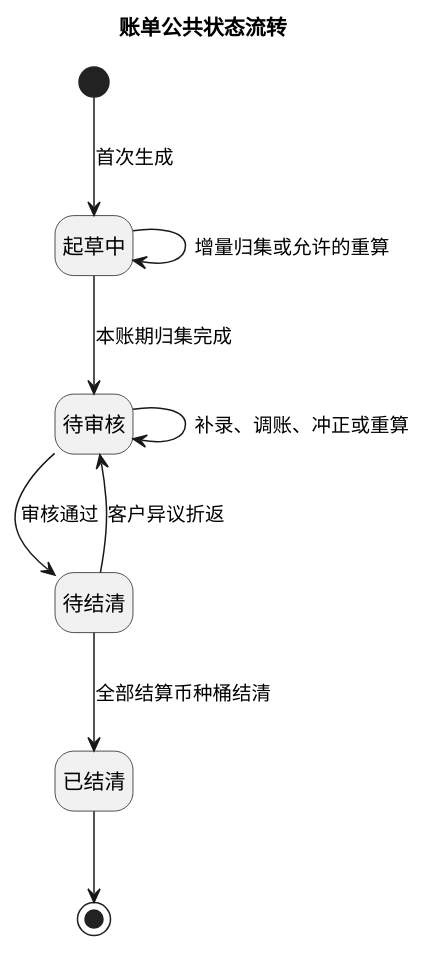
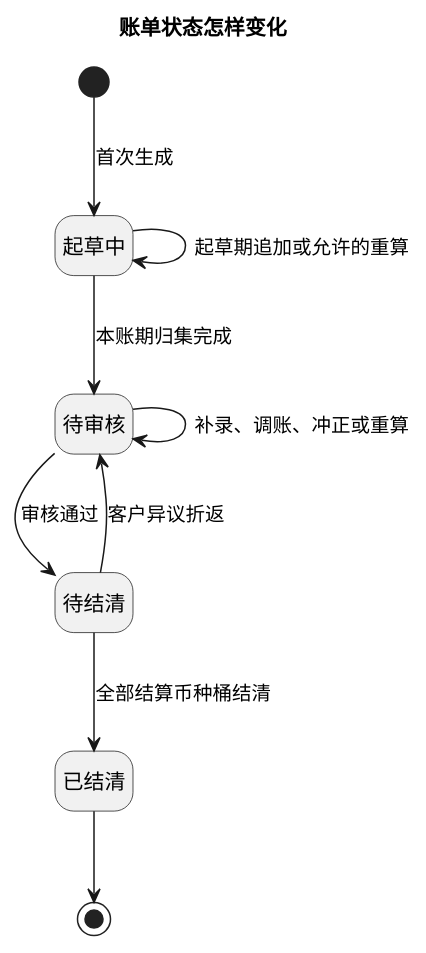
One commit to jack888332/projects-doc changed the tenth of 20 diagrams in product-caliber/bms/prd/财务系统.PRD.md. Above: the diagram before and after it, drawn with PlantUML. The commit also changed other lines of this file and 1 other file, not shown here.

````diff
--- a/product-caliber/bms/prd/财务系统.PRD.md
+++ b/product-caliber/bms/prd/财务系统.PRD.md
@@ -1213,20 +1224,20 @@
 ```plantuml
 @startuml
-title 账单公共状态流转
+title 账单状态怎样变化
 hide empty description
 
 state "起草中" as Draft
 state "待审核" as PendingReview
 state "待结清" as PendingSettlement
 state "已结清" as Settled
 
 [*] --> Draft : 首次生成
-Draft --> Draft : 增量归集或允许的重算
+Draft --> Draft : 起草期追加或允许的重算
 Draft --> PendingReview : 本账期归集完成
 PendingReview --> PendingReview : 补录、调账、冲正或重算
 PendingReview --> PendingSettlement : 审核通过
 PendingSettlement --> PendingReview : 客户异议折返
 PendingSettlement --> Settled : 全部结算币种桶结清
 Settled --> [*]
 @enduml
 ```
````
